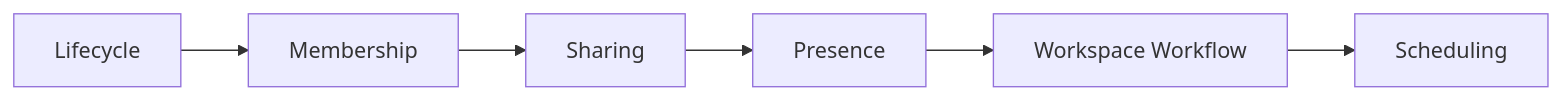
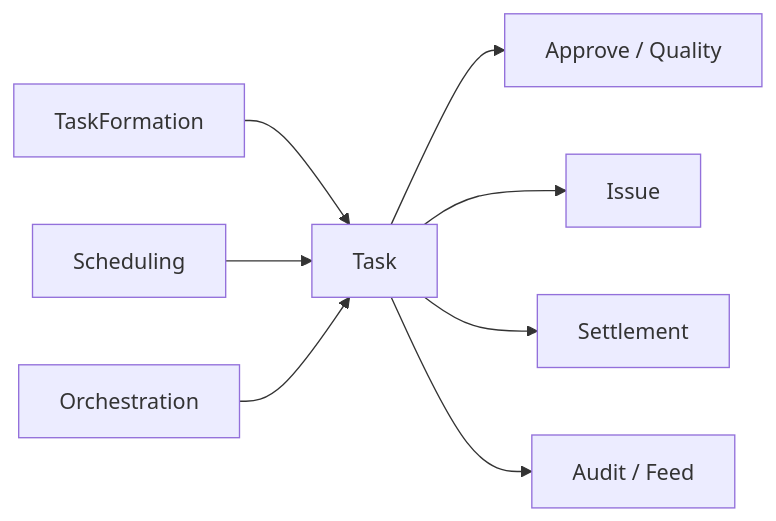
One commit to 122sp7/xuanwu-app changed the second of 2 diagrams in docs/contexts/workspace/subdomains.md. Above: the diagram before and after it, drawn with Mermaid. The commit also changed other lines of this file and 12 other files, not shown here.

````diff
--- a/docs/contexts/workspace/subdomains.md
+++ b/docs/contexts/workspace/subdomains.md
@@ -55,8 +62,10 @@
 ```mermaid
 flowchart LR
-	Lifecycle["Lifecycle"] --> Membership["Membership"]
-	Membership --> Sharing["Sharing"]
-	Sharing --> Presence["Presence"]
-	Presence --> Workflow["Workspace Workflow"]
-	Workflow --> Scheduling["Scheduling"]
+	TaskFormation["TaskFormation"] --> Task["Task"]
+	Task --> Approve["Approve / Quality"]
+	Task --> Issue["Issue"]
+	Task --> Settlement["Settlement"]
+	Scheduling["Scheduling"] --> Task
+	Orchestration["Orchestration"] --> Task
+	Task --> AuditFeed["Audit / Feed"]
 ```
````
